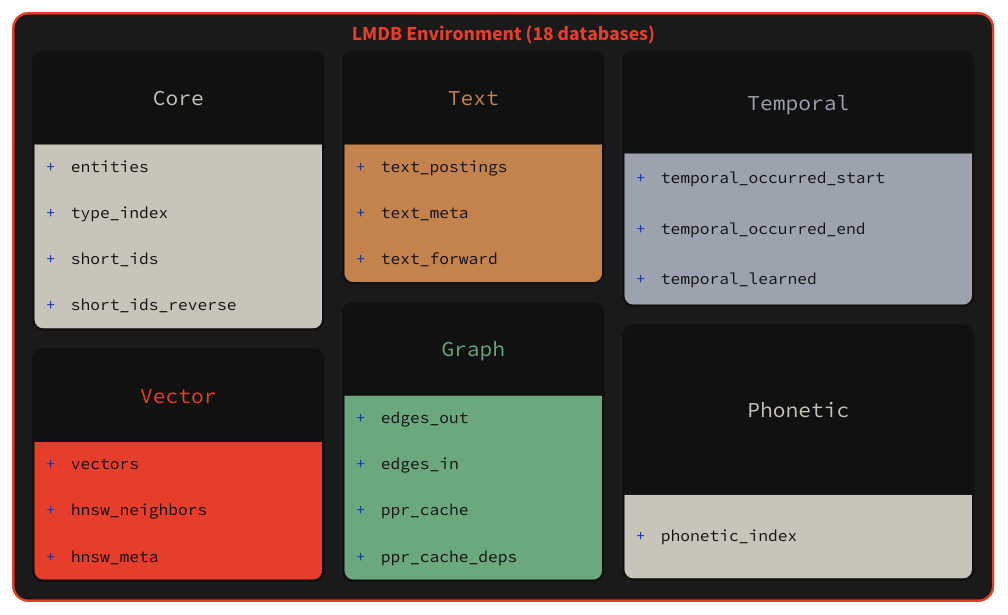
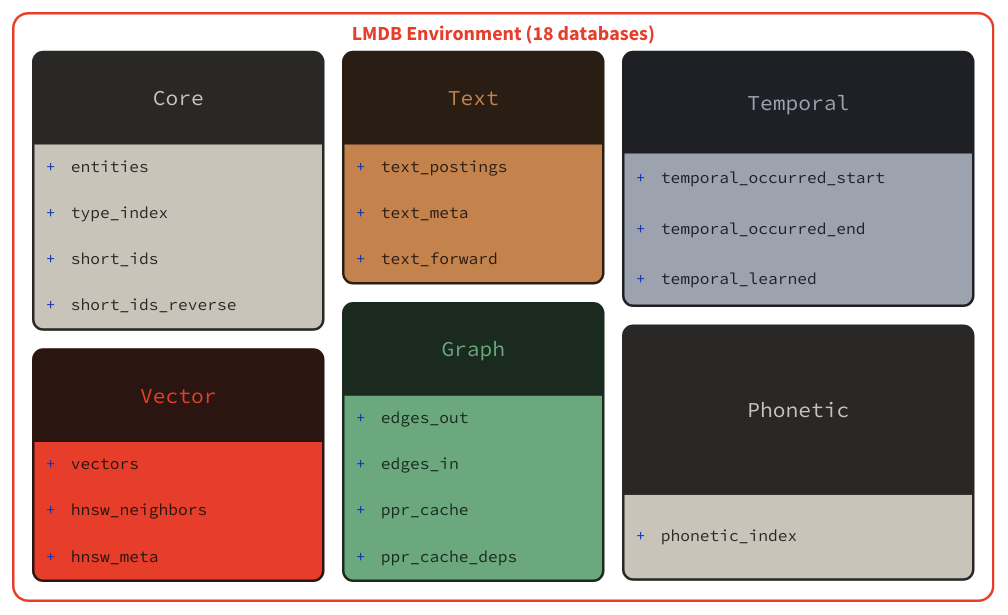
The diagram in docs/storage-dark.d2 (oneiron-dev/oneiron), drawn with D2 before and after one commit. The commit also changed 6 other files, not shown here.

First line of the commit message:
Fix diagram consistency: sketch mode, brand colors, reduced hatching

```diff
--- a/docs/storage-dark.d2
+++ b/docs/storage-dark.d2
@@ -1,91 +1,91 @@
 direction: down
 
 vault: LMDB Environment (18 databases) {
-  style.fill: "#1A1A1A"
+  style.fill: transparent
   style.stroke: "#E63E2A"
   style.border-radius: 12
   style.font-color: "#E63E2A"
   style.font-size: 16
   style.bold: true
 
   grid-columns: 3
   grid-gap: 16
 
   core: "Core" {
     shape: class
-    style.fill: "#111111"
+    style.fill: "#2A2826"
     style.stroke: "#C8C4BA"
     style.border-radius: 8
     style.font-color: "#C8C4BA"
     style.font-size: 13
 
     entities
     type_index
     short_ids
     short_ids_reverse
   }
 
   vector: "Vector" {
     shape: class
-    style.fill: "#111111"
+    style.fill: "#2A1511"
     style.stroke: "#E63E2A"
     style.border-radius: 8
     style.font-color: "#E63E2A"
     style.font-size: 13
 
     vectors
     hnsw_neighbors
     hnsw_meta
   }
 
   text: "Text" {
     shape: class
-    style.fill: "#111111"
+    style.fill: "#2A1E14"
     style.stroke: "#C4824D"
     style.border-radius: 8
     style.font-color: "#C4824D"
     style.font-size: 13
 
     text_postings
     text_meta
     text_forward
   }
 
   graph: "Graph" {
     shape: class
-    style.fill: "#111111"
+    style.fill: "#1A2A1E"
     style.stroke: "#6BA87D"
     style.border-radius: 8
     style.font-color: "#6BA87D"
     style.font-size: 13
 
     edges_out
     edges_in
     ppr_cache
     ppr_cache_deps
   }
 
   temporal: "Temporal" {
     shape: class
-    style.fill: "#111111"
+    style.fill: "#1E2026"
     style.stroke: "#9CA3AF"
     style.border-radius: 8
     style.font-color: "#9CA3AF"
     style.font-size: 13
 
     temporal_occurred_start
     temporal_occurred_end
     temporal_learned
   }
 
   phonetic: "Phonetic" {
     shape: class
-    style.fill: "#111111"
+    style.fill: "#2A2826"
     style.stroke: "#C8C4BA"
     style.border-radius: 8
     style.font-color: "#C8C4BA"
     style.font-size: 13
 
     phonetic_index
   }
 }
```
